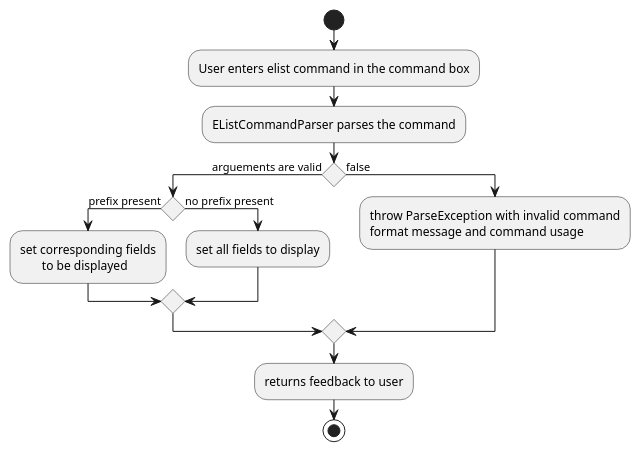
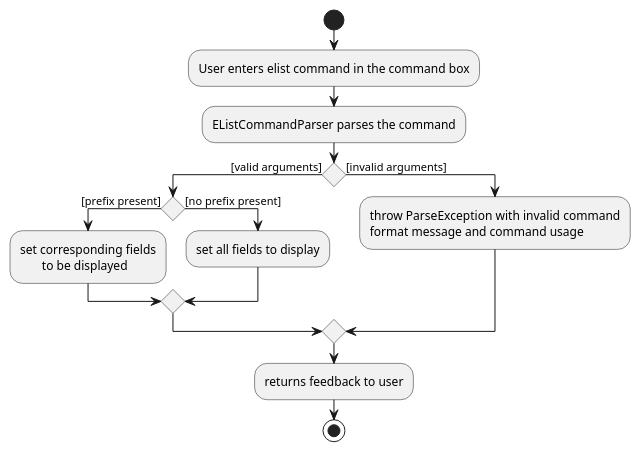
The diagram in docs/diagrams/EListActivityDiagram.puml (xiangjunn/tp), drawn with PlantUML before and after one commit. The commit also changed 6 other files, not shown here.

```diff
--- a/docs/diagrams/EListActivityDiagram.puml
+++ b/docs/diagrams/EListActivityDiagram.puml
@@ -1,26 +1,26 @@
 @startuml
 'https://plantuml.com/activity-diagram-beta
 
 start
 :User enters elist command in the command box;
 :EListCommandParser parses the command;
-if () then (arguements are valid)
+if () then ([valid arguments])
 
-  if () then (prefix present)
+  if () then ([prefix present])
     :set corresponding fields
            to be displayed;
 
-  else (no prefix present)
+  else ([no prefix present])
   :set all fields to display;
   endif
 
-else (false)
+else ([invalid arguments])
 :throw ParseException with invalid command
 format message and command usage;
 endif
 
 :returns feedback to user;
 
 stop
 
 @enduml
```
